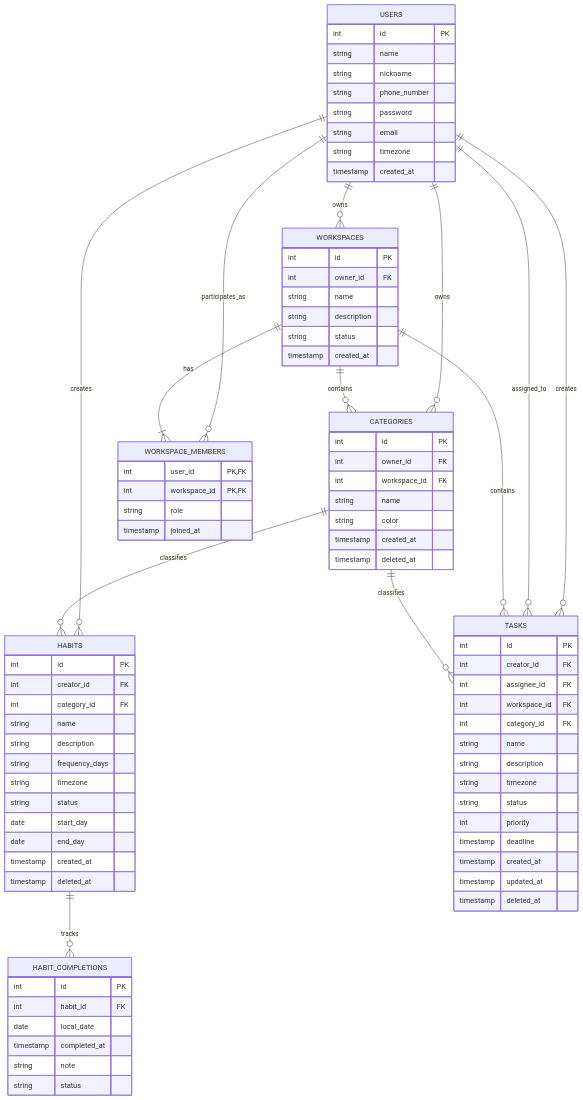
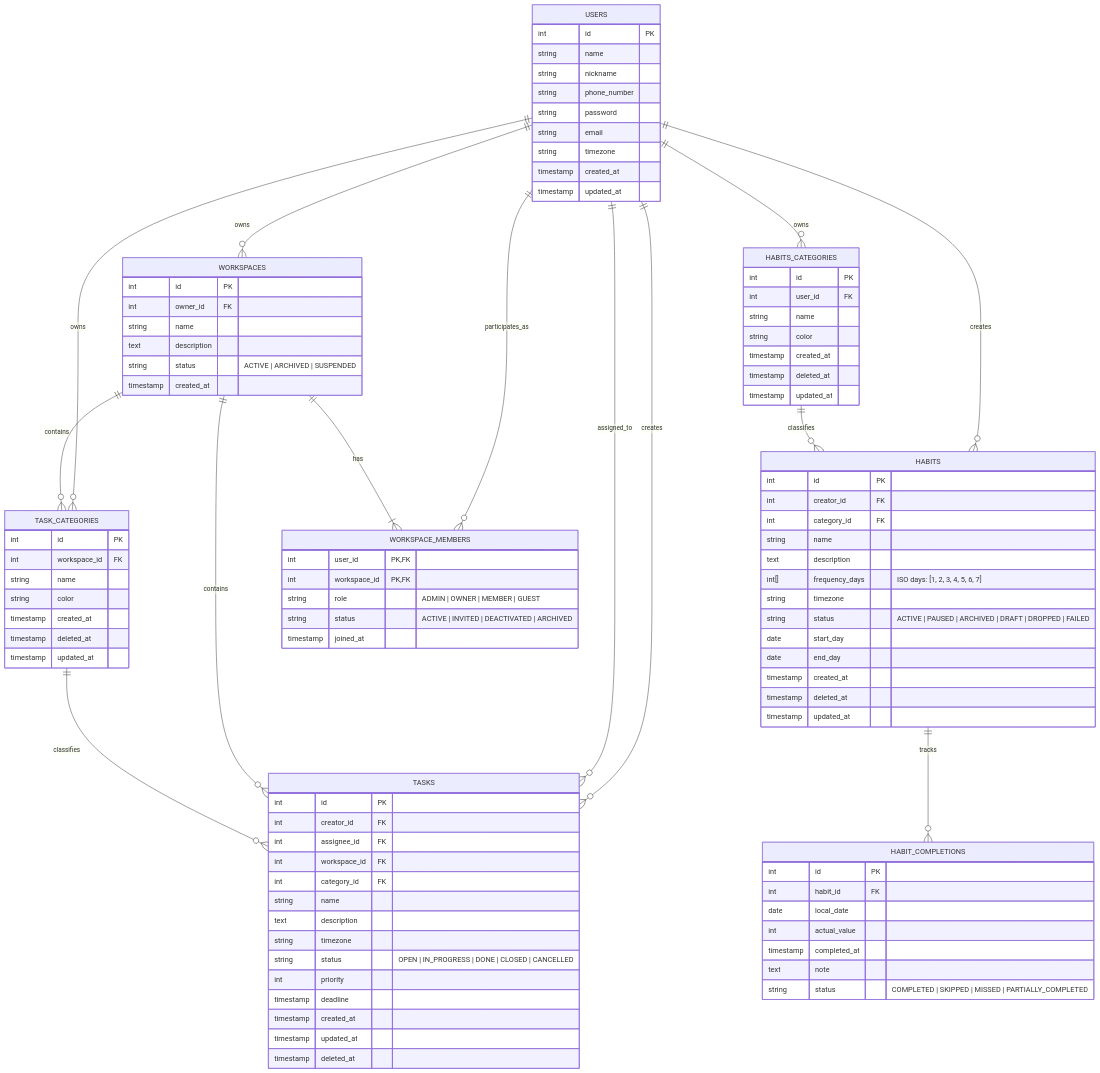
Before and after one commit to cyjiky/Trackly-db: the diagram in docs/diagramm.mmd, drawn with Mermaid. The commit also changed 2 other files, not shown here.

Commit message:
Separate task and habit categories and refine schema

```diff
--- a/docs/diagramm.mmd
+++ b/docs/diagramm.mmd
@@ -1,93 +1,108 @@
 erDiagram
   USERS ||--o{ HABITS : "creates"
   USERS ||--o{ TASKS : "creates"
   USERS ||--o{ TASKS : "assigned_to"
   USERS ||--o{ WORKSPACES : "owns"
-  USERS ||--o{ CATEGORIES : "owns"
+  USERS ||--o{ TASK_CATEGORIES : "owns"
+  USERS ||--o{ HABITS_CATEGORIES : "owns"
   USERS ||--o{ WORKSPACE_MEMBERS : "participates_as"
 
   WORKSPACES ||--|{ WORKSPACE_MEMBERS : "has"
   WORKSPACES ||--o{ TASKS : "contains"
-  WORKSPACES ||--o{ CATEGORIES : "contains"
+  WORKSPACES ||--o{ TASK_CATEGORIES : "contains"
 
   HABITS ||--o{ HABIT_COMPLETIONS : "tracks"
-  CATEGORIES ||--o{ TASKS : "classifies"
-  CATEGORIES ||--o{ HABITS : "classifies"
+  TASK_CATEGORIES ||--o{ TASKS : "classifies"
+  HABITS_CATEGORIES ||--o{ HABITS : "classifies"
 
   USERS {
     int id PK
     string name 
     string nickname
     string phone_number
     string password 
     string email 
     string timezone
     timestamp created_at
+    timestamp updated_at
   }
 
   HABITS {
     int id PK
     int creator_id FK
     int category_id FK
     string name 
-    string description
-    string frequency_days
+    text description
+    int[] frequency_days "ISO days: [1, 2, 3, 4, 5, 6, 7]"
     string timezone
-    string status
+    string status "ACTIVE | PAUSED | ARCHIVED | DRAFT | DROPPED | FAILED"
     date start_day 
     date end_day 
     timestamp created_at
     timestamp deleted_at
+    timestamp updated_at
   }
 
   HABIT_COMPLETIONS {
     int id PK
     int habit_id FK
     date local_date
+    int actual_value
     timestamp completed_at
-    string note 
-    string status 
+    text note 
+    string status "COMPLETED | SKIPPED | MISSED | PARTIALLY_COMPLETED"
   }
 
   TASKS {
     int id PK
     int creator_id FK
     int assignee_id FK
     int workspace_id FK
     int category_id FK
     string name
-    string description
+    text description
     string timezone
-    string status
+    string status "OPEN | IN_PROGRESS | DONE | CLOSED | CANCELLED"
     int priority
     timestamp deadline 
     timestamp created_at
     timestamp updated_at
     timestamp deleted_at 
   }
 
-  CATEGORIES {
+  TASK_CATEGORIES {
     int id PK
-    int owner_id FK
     int workspace_id FK
     string name
     string color
     timestamp created_at
-    timestamp deleted_at 
+    timestamp deleted_at
+    timestamp updated_at
+  }
+
+  HABITS_CATEGORIES {
+    int id PK
+    int user_id FK
+    string name
+    string color
+    timestamp created_at
+    timestamp deleted_at
+    timestamp updated_at
   }
 
   WORKSPACES {
     int id PK
     int owner_id FK
     string name 
-    string description
-    string status
+    text description 
+    string status "ACTIVE | ARCHIVED | SUSPENDED"
     timestamp created_at
   }
 
   WORKSPACE_MEMBERS {
     int user_id PK,FK
     int workspace_id PK,FK
-    string role
+    string role "ADMIN | OWNER | MEMBER | GUEST"
+    string status "ACTIVE | INVITED | DEACTIVATED | ARCHIVED"
     timestamp joined_at
   }
```
